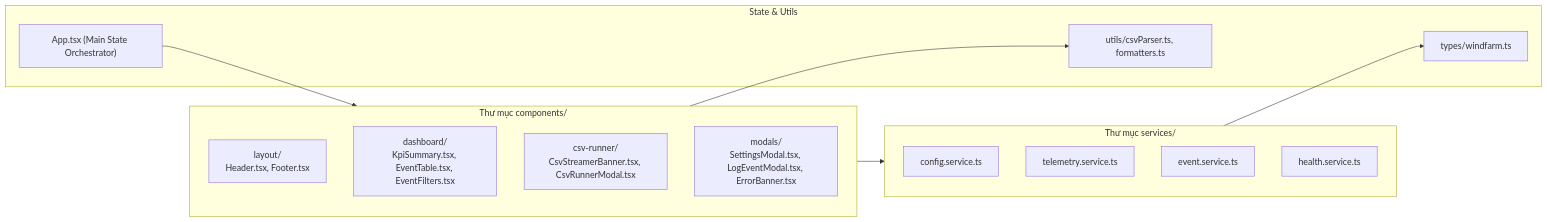
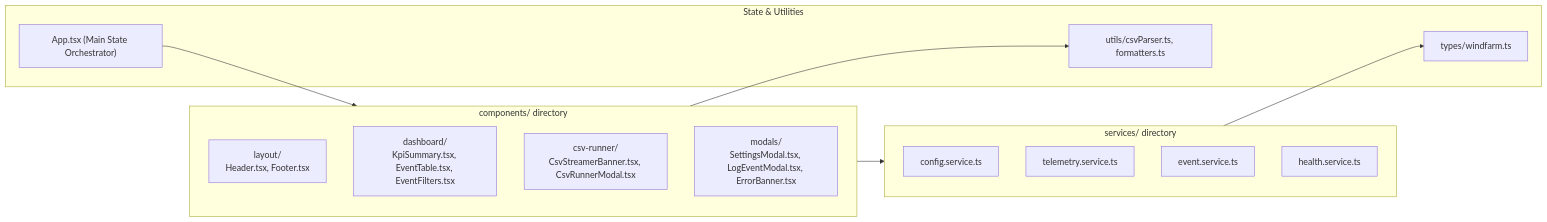
One commit to ddhoang2440/WindFarm changed the third of 3 diagrams in docs/architecture.md. Above: the diagram before and after it, drawn with Mermaid. The commit also changed other lines of this file and 22 other files, not shown here.

````diff
--- a/docs/architecture.md
+++ b/docs/architecture.md
@@ -167,27 +167,27 @@
 ```mermaid
 flowchart LR
-    subgraph UIComponents["Thư mục components/"]
+    subgraph UIComponents["components/ directory"]
         L["layout/\nHeader.tsx, Footer.tsx"]
         D["dashboard/\nKpiSummary.tsx, EventTable.tsx, EventFilters.tsx"]
         C["csv-runner/\nCsvStreamerBanner.tsx, CsvRunnerModal.tsx"]
         M["modals/\nSettingsModal.tsx, LogEventModal.tsx, ErrorBanner.tsx"]
     end
 
-    subgraph CoreServices["Thư mục services/"]
+    subgraph CoreServices["services/ directory"]
         S1["config.service.ts"]
         S2["telemetry.service.ts"]
         S3["event.service.ts"]
         S4["health.service.ts"]
     end
 
-    subgraph StateAndTypes["State & Utils"]
+    subgraph StateAndTypes["State & Utilities"]
         App["App.tsx (Main State Orchestrator)"]
         T["types/windfarm.ts"]
         U["utils/csvParser.ts, formatters.ts"]
     end
 
     App --> UIComponents
     UIComponents --> CoreServices
     CoreServices --> T
     UIComponents --> U
 ```
````
